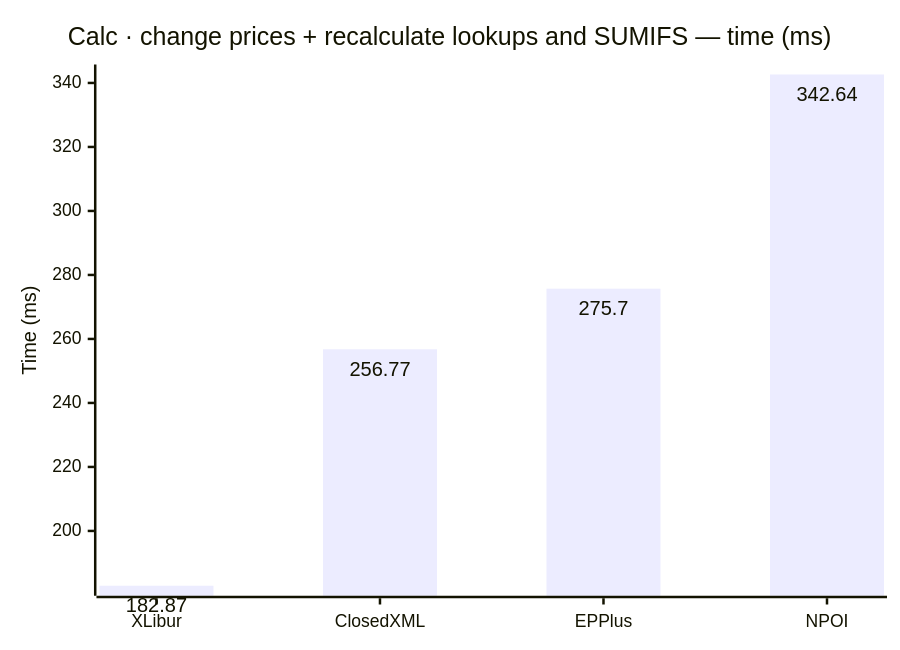
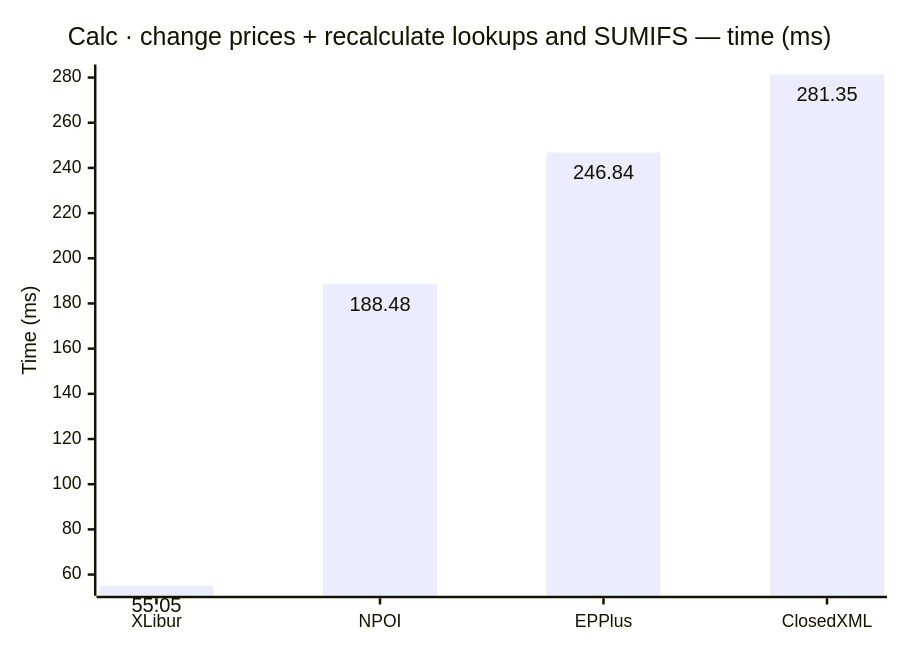
One commit to jafin/XLBench changed diagram 15 of 18 in docs/results-ci.md. Above: the diagram before and after it, drawn with Mermaid. The commit also changed other lines of this file, not shown here.

````diff
--- a/docs/results-ci.md
+++ b/docs/results-ci.md
@@ -225,12 +225,12 @@
 ```mermaid
 ---
 config:
   xyChart:
     showDataLabel: true
 ---
 xychart-beta
     title "Calc · change prices + recalculate lookups and SUMIFS — time (ms)"
-    x-axis ["XLibur", "ClosedXML", "EPPlus", "NPOI"]
+    x-axis ["XLibur", "NPOI", "EPPlus", "ClosedXML"]
     y-axis "Time (ms)"
-    bar [182.87, 256.77, 275.7, 342.64]
+    bar [55.05, 188.48, 246.84, 281.35]
 ```
````
